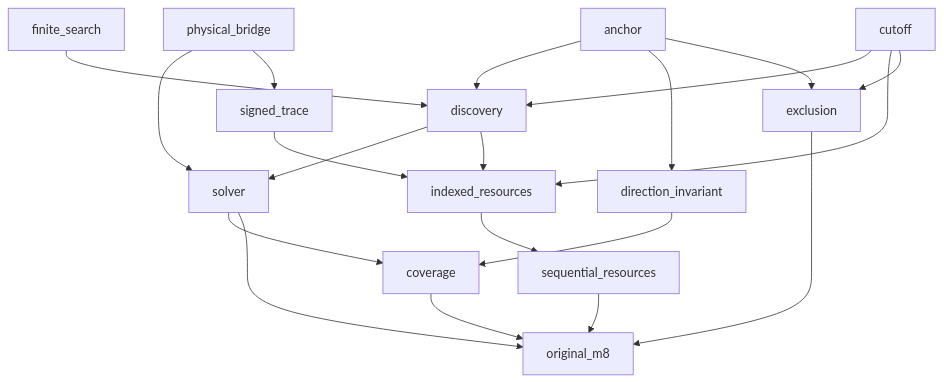
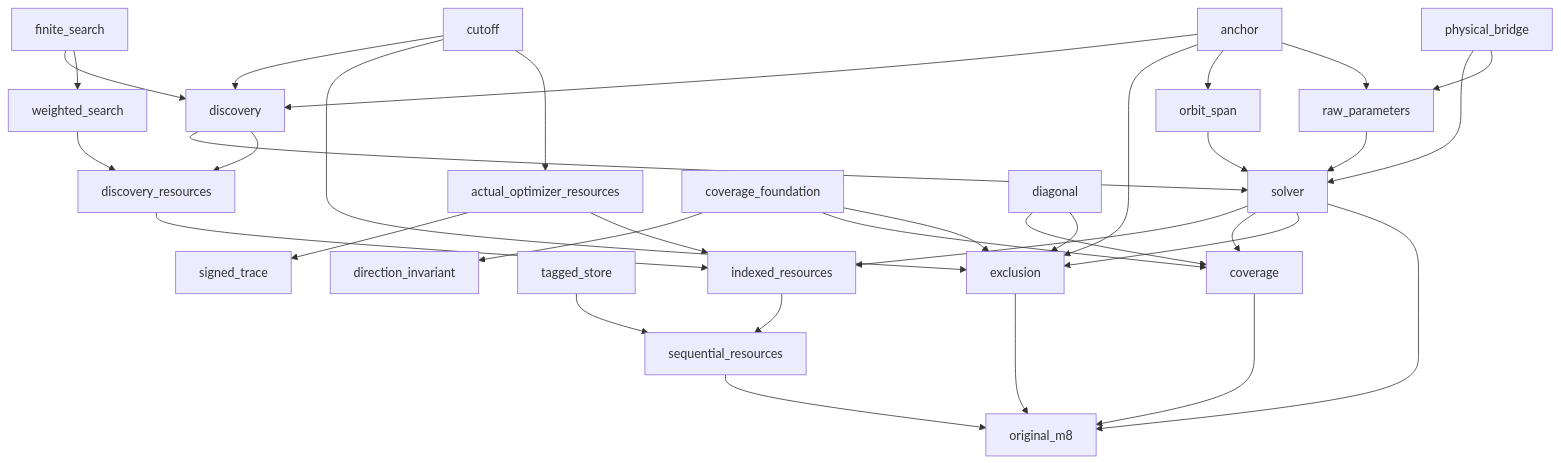
Before and after one commit to humanfia/science-mango: the diagram in pipelines/quantum_formalize/examples/m8/GRAPH.md, drawn with Mermaid. The commit also changed other lines of this file and 1820 other files, not shown here.

````diff
--- a/pipelines/quantum_formalize/examples/m8/GRAPH.md
+++ b/pipelines/quantum_formalize/examples/m8/GRAPH.md
@@ -5,35 +5,57 @@
 ```mermaid
 flowchart TD
   anchor["anchor"]
   cutoff["cutoff"]
   physical_bridge["physical_bridge"]
   finite_search["finite_search"]
-  finite_search --> discovery
   discovery["discovery"]
   anchor --> discovery
   cutoff --> discovery
+  finite_search --> discovery
   solver["solver"]
   discovery --> solver
+  orbit_span --> solver
   physical_bridge --> solver
+  raw_parameters --> solver
   signed_trace["signed_trace"]
-  physical_bridge --> signed_trace
+  actual_optimizer_resources --> signed_trace
   indexed_resources["indexed_resources"]
-  discovery --> indexed_resources
-  cutoff --> indexed_resources
-  signed_trace --> indexed_resources
+  solver --> indexed_resources
+  discovery_resources --> indexed_resources
+  actual_optimizer_resources --> indexed_resources
   sequential_resources["sequential_resources"]
   indexed_resources --> sequential_resources
+  tagged_store --> sequential_resources
   direction_invariant["direction_invariant"]
-  anchor --> direction_invariant
+  coverage_foundation --> direction_invariant
   coverage["coverage"]
   solver --> coverage
-  direction_invariant --> coverage
+  coverage_foundation --> coverage
+  diagonal --> coverage
   exclusion["exclusion"]
+  solver --> exclusion
   anchor --> exclusion
   cutoff --> exclusion
+  coverage_foundation --> exclusion
+  diagonal --> exclusion
   original_m8["original_m8"]
   solver --> original_m8
   sequential_resources --> original_m8
   coverage --> original_m8
   exclusion --> original_m8
+  orbit_span["orbit_span"]
+  anchor --> orbit_span
+  weighted_search["weighted_search"]
+  finite_search --> weighted_search
+  raw_parameters["raw_parameters"]
+  physical_bridge --> raw_parameters
+  anchor --> raw_parameters
+  actual_optimizer_resources["actual_optimizer_resources"]
+  cutoff --> actual_optimizer_resources
+  tagged_store["tagged_store"]
+  discovery_resources["discovery_resources"]
+  discovery --> discovery_resources
+  weighted_search --> discovery_resources
+  coverage_foundation["coverage_foundation"]
+  diagonal["diagonal"]
 ```
````
